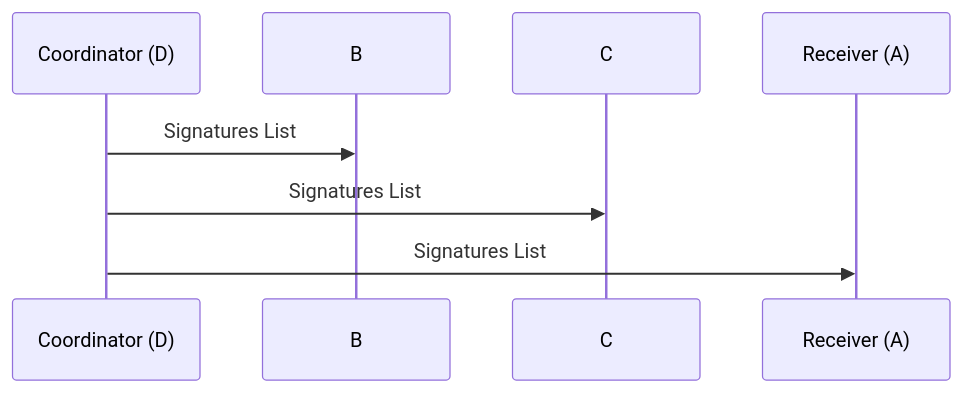
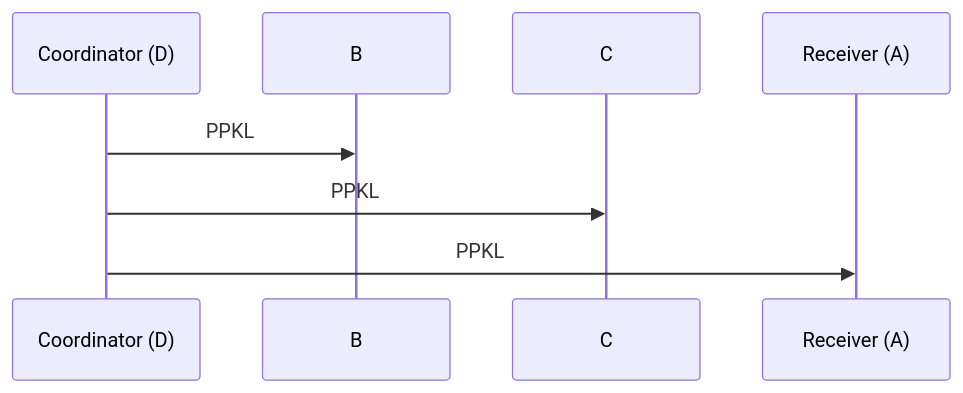
Before and after one commit to GEO-Protocol/specs-protocol: the ninth of 10 diagrams in transactions/transactions.md, drawn with Mermaid. The commit also changed other lines of this file, not shown here.

````diff
--- a/transactions/transactions.md
+++ b/transactions/transactions.md
@@ -469,6 +480,6 @@
-  ```mermaid
-  sequenceDiagram
-      Coordinator (D)->>B: Signatures List
-      Coordinator (D)->>C: Signatures List
-      Coordinator (D)->>Receiver (A): Signatures List
-  ```
+    ```mermaid
+    sequenceDiagram
+        Coordinator (D)->>B: PPKL
+        Coordinator (D)->>C: PPKL
+        Coordinator (D)->>Receiver (A): PPKL
+    ```
````
